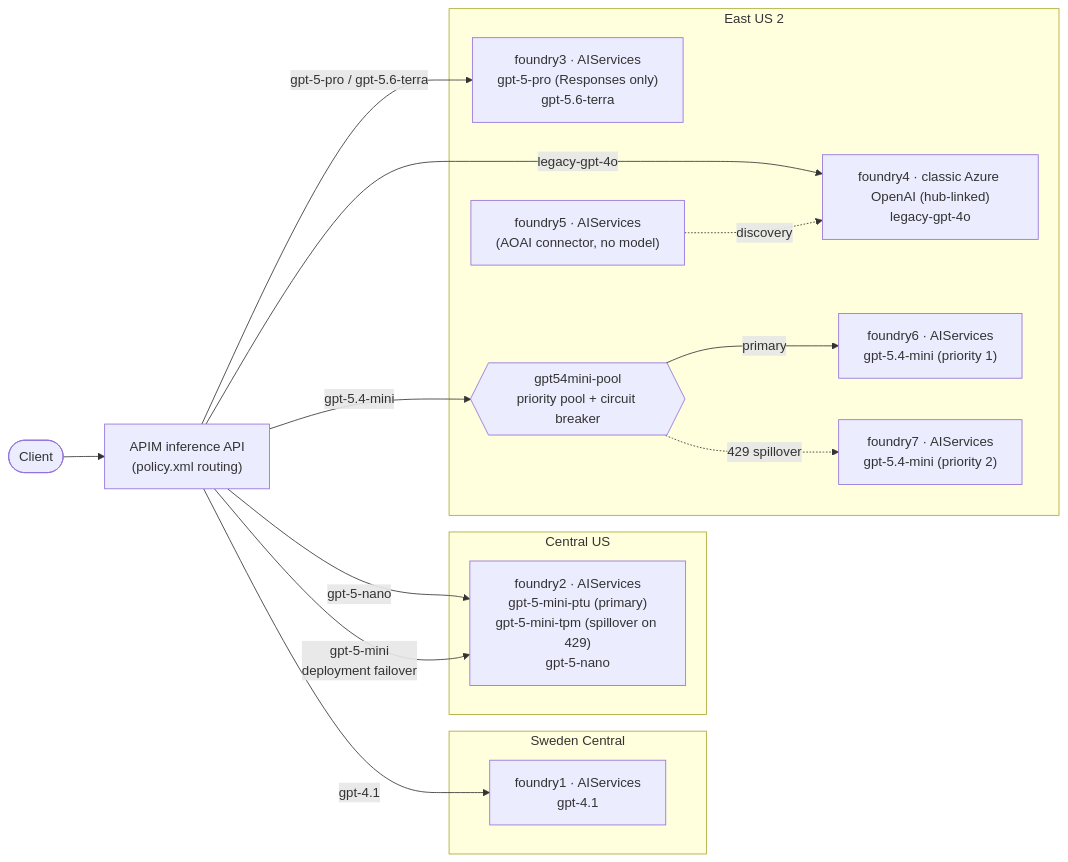
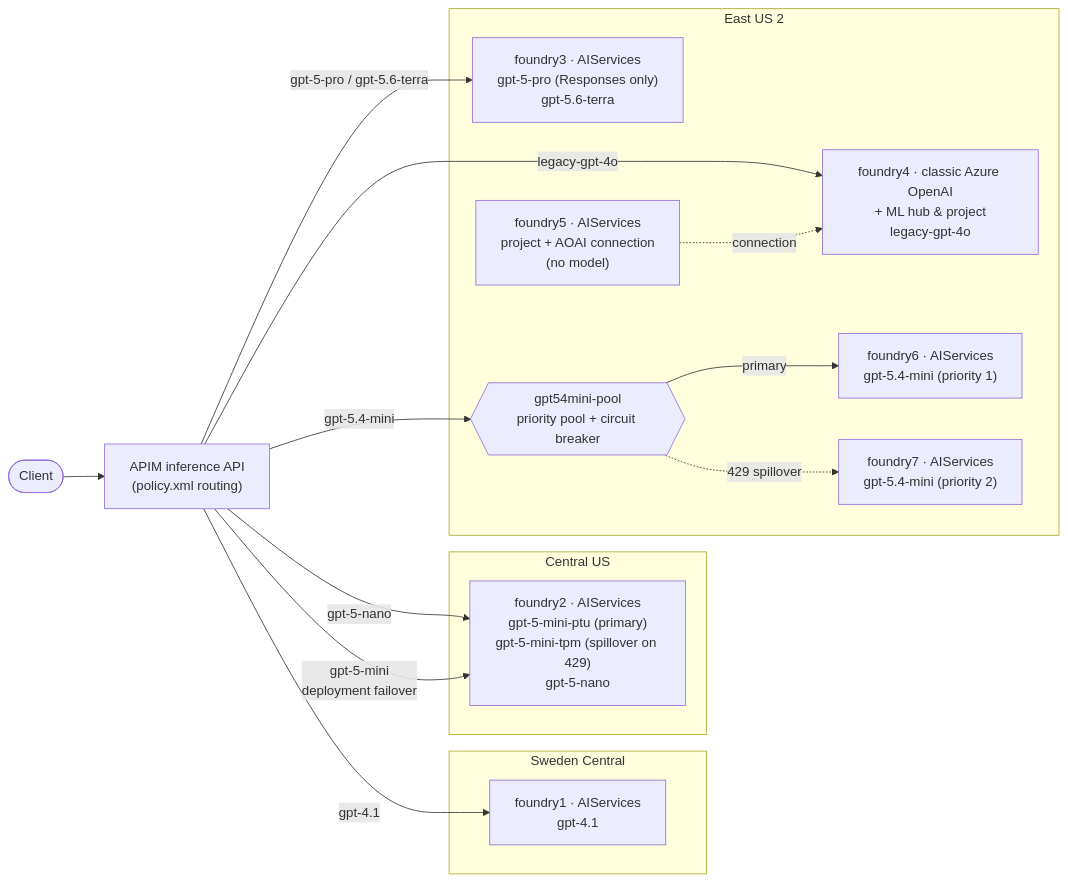
Before and after one commit to chrye/model-routing: the diagram in README.md, drawn with Mermaid. The commit also changed other lines of this file, not shown here.

````diff
--- a/README.md
+++ b/README.md
@@ -11,30 +18,30 @@
 ```mermaid
 flowchart LR
     client([Client]) --> apim["APIM inference API<br/>(policy.xml routing)"]
 
     apim -->|gpt-4.1| f1
     apim -->|gpt-5-nano| f2
     apim -->|gpt-5-mini<br/>deployment failover| f2
     apim -->|gpt-5-pro / gpt-5.6-terra| f3
     apim -->|gpt-5.4-mini| pool
     apim -->|legacy-gpt-4o| f4
 
     subgraph SC[Sweden Central]
         f1["foundry1 · AIServices<br/>gpt-4.1"]
     end
     subgraph CUS[Central US]
         f2["foundry2 · AIServices<br/>gpt-5-mini-ptu (primary)<br/>gpt-5-mini-tpm (spillover on 429)<br/>gpt-5-nano"]
     end
     subgraph EUS2[East US 2]
         f3["foundry3 · AIServices<br/>gpt-5-pro (Responses only)<br/>gpt-5.6-terra"]
         pool{{"gpt54mini-pool<br/>priority pool + circuit breaker"}}
         f6["foundry6 · AIServices<br/>gpt-5.4-mini (priority 1)"]
         f7["foundry7 · AIServices<br/>gpt-5.4-mini (priority 2)"]
-        f4["foundry4 · classic Azure OpenAI (hub-linked)<br/>legacy-gpt-4o"]
-        f5["foundry5 · AIServices<br/>(AOAI connector, no model)"]
+        f4["foundry4 · classic Azure OpenAI<br/>+ ML hub &amp; project<br/>legacy-gpt-4o"]
+        f5["foundry5 · AIServices<br/>project + AOAI connection<br/>(no model)"]
     end
 
     pool -->|primary| f6
     pool -.->|429 spillover| f7
-    f5 -.discovery.-> f4
+    f5 -.connection.-> f4
 ```
````
